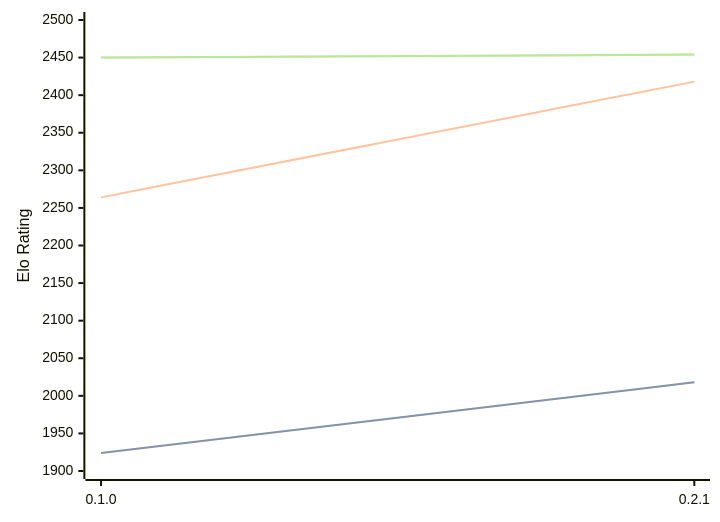
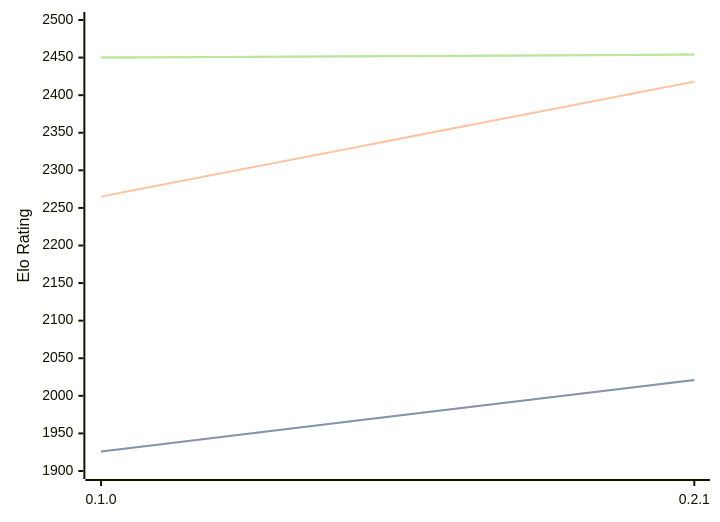
The diagram in engines/Sykora.md (computer-chess-index/cci), drawn with Mermaid before and after one commit. The commit also changed other lines of this file, not shown here.

Commit message:
Update CCI Ratings (ELO VLTC) - 2026-03-14

````diff
--- a/engines/Sykora.md
+++ b/engines/Sykora.md
@@ -30,11 +30,11 @@
 ```mermaid
 %%{init: {"theme":"base","themeVariables":{"seriesColors:['#a3a3a3','#222221','#faa371']}}}%%
 xychart-beta
   x-axis ["0.1.0", "0.2.1"]
   y-axis "Elo Rating" 1900 --> 2500
-  line "STC (8.0+0.08s)" [1924, 2018]
-  line "STC (8.0+0.08s)" [1924, 2018]
-  line "LTC (60.0+0.60s)" [2264, 2418]
+  line "STC (8.0+0.08s)" [1926, 2021]
+  line "STC (8.0+0.08s)" [1926, 2021]
+  line "LTC (60.0+0.60s)" [2265, 2418]
   line "VLTC (2m24s+1.12s)" [2450, 2454]
   line "VLTC (2m24s+1.12s)" [2450, 2454]
 ```
````
